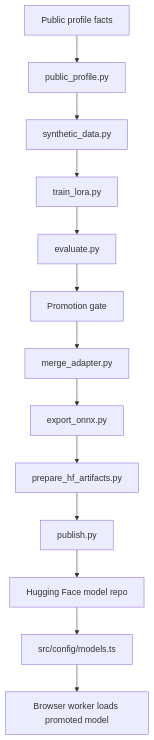
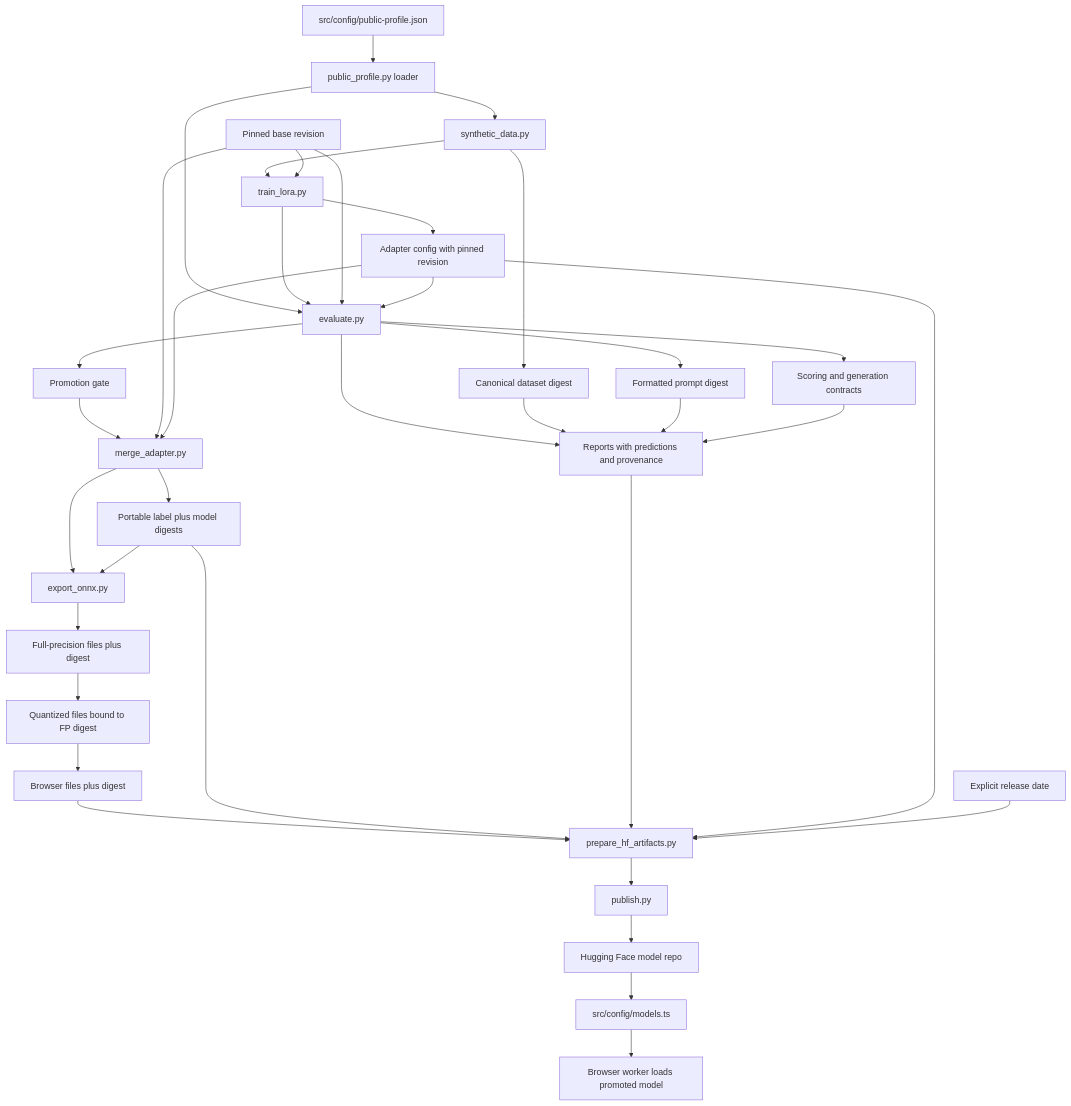
The fourth of 4 diagrams in docs/DIAGRAMS.md (justinthelaw/justinthelaw), drawn with Mermaid before and after one commit. The commit also changed other lines of this file and 48 other files, not shown here.

````diff
--- a/docs/DIAGRAMS.md
+++ b/docs/DIAGRAMS.md
@@ -100,15 +107,38 @@
 ```mermaid
 flowchart TD
-  facts["Public profile facts"] --> pyProfile["public_profile.py"]
+  facts["src/config/public-profile.json"] --> pyProfile["public_profile.py loader"]
   pyProfile --> data["synthetic_data.py"]
+  pyProfile --> eval
   data --> train["train_lora.py"]
   train --> eval["evaluate.py"]
+  data --> datasetDigest["Canonical dataset digest"]
+  eval --> promptDigest["Formatted prompt digest"]
+  eval --> scoringDigest["Scoring and generation contracts"]
+  eval --> reports["Reports with predictions and provenance"]
+  datasetDigest --> reports
+  promptDigest --> reports
+  scoringDigest --> reports
   eval --> gate["Promotion gate"]
   gate --> merge["merge_adapter.py"]
+  baseRevision["Pinned base revision"] --> train
+  baseRevision --> eval
+  baseRevision --> merge
+  train --> checkpointConfig["Adapter config with pinned revision"]
+  checkpointConfig --> eval
+  checkpointConfig --> merge
+  merge --> lineage["Portable label plus model digests"]
   merge --> export["export_onnx.py"]
-  export --> artifacts["prepare_hf_artifacts.py"]
+  lineage --> export
+  export --> fpArtifact["Full-precision files plus digest"]
+  fpArtifact --> quantized["Quantized files bound to FP digest"]
+  quantized --> browserArtifact["Browser files plus digest"]
+  browserArtifact --> artifacts["prepare_hf_artifacts.py"]
+  lineage --> artifacts
+  reports --> artifacts
+  checkpointConfig --> artifacts
+  releaseDate["Explicit release date"] --> artifacts
   artifacts --> publish["publish.py"]
   publish --> hfRepo["Hugging Face model repo"]
   hfRepo --> modelConfig["src/config/models.ts"]
   modelConfig --> browser["Browser worker loads promoted model"]
 ```
````
